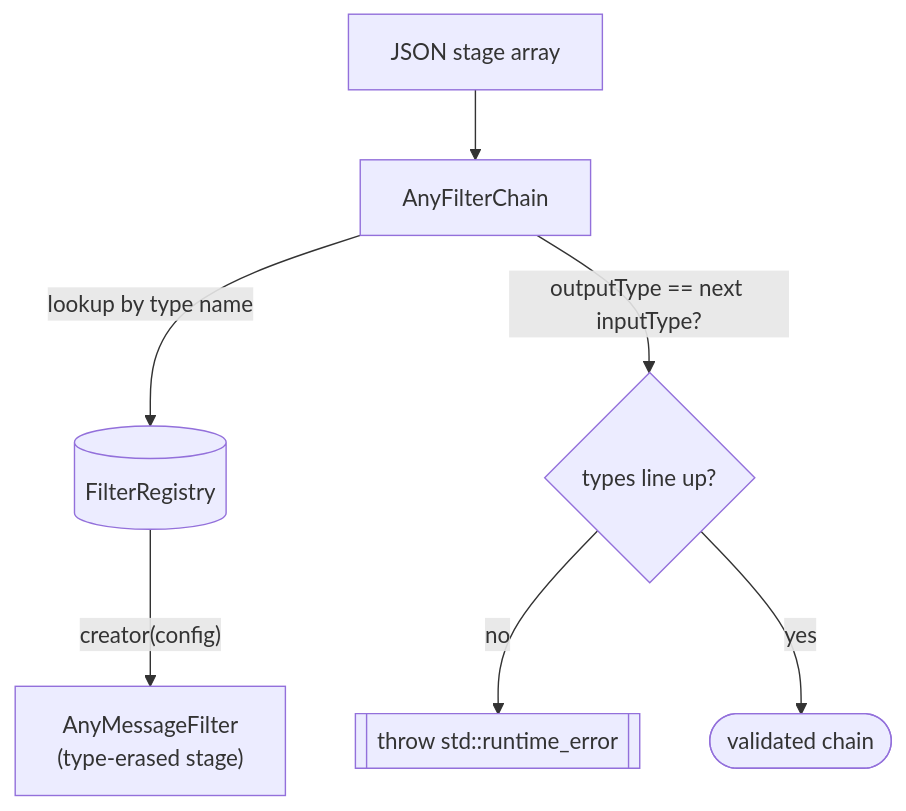
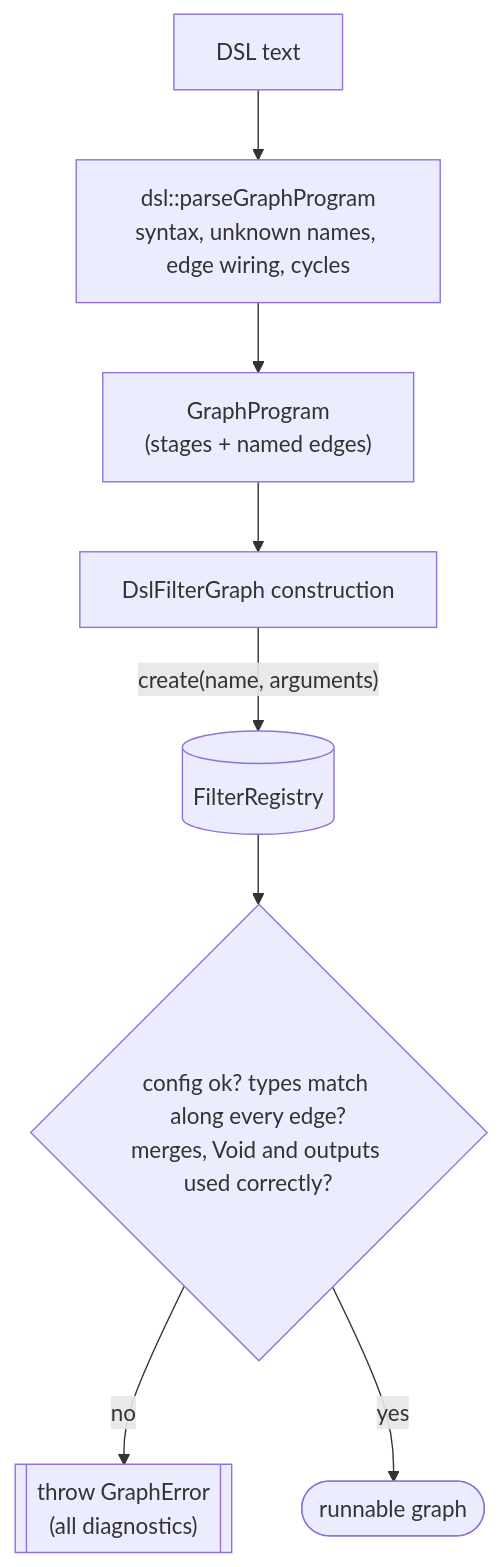
Before and after one commit to psyinf/filterGraph: the sixth of 7 diagrams in EXAMPLE.md, drawn with Mermaid. The commit also changed other lines of this file and 10 other files, not shown here.

First line of the commit message:
Make the text DSL a first-class, runnable graph description (#8)

````diff
--- a/EXAMPLE.md
+++ b/EXAMPLE.md
@@ -224,9 +290,10 @@
 ```mermaid
 flowchart TD
-    Json["JSON stage array"] --> Chain["AnyFilterChain"]
-    Chain -->|"lookup by type name"| Reg[("FilterRegistry")]
-    Reg -->|"creator(config)"| Stage["AnyMessageFilter<br/>(type-erased stage)"]
-    Chain -->|"outputType == next inputType?"| Check{"types line up?"}
-    Check -->|"no"| Throw[["throw std::runtime_error"]]
-    Check -->|"yes"| Ok(["validated chain"])
+    Text["DSL text"] --> Parse["dsl::parseGraphProgram<br/>syntax, unknown names, edge wiring, cycles"]
+    Parse --> Program["GraphProgram<br/>(stages + named edges)"]
+    Program --> Build["DslFilterGraph construction"]
+    Build -->|"create(name, arguments)"| Reg[("FilterRegistry")]
+    Reg --> Check{"config ok? types match along every edge?<br/>merges, Void and outputs used correctly?"}
+    Check -->|"no"| Throw[["throw GraphError<br/>(all diagnostics)"]]
+    Check -->|"yes"| Ok(["runnable graph"])
 ```
````
